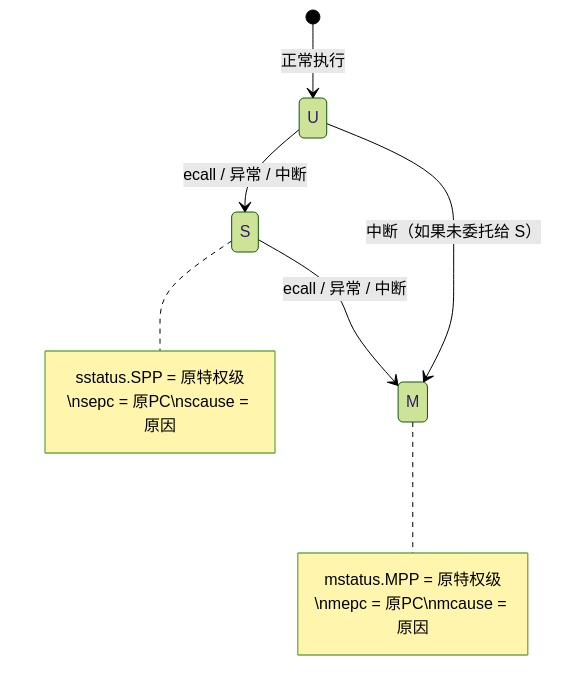
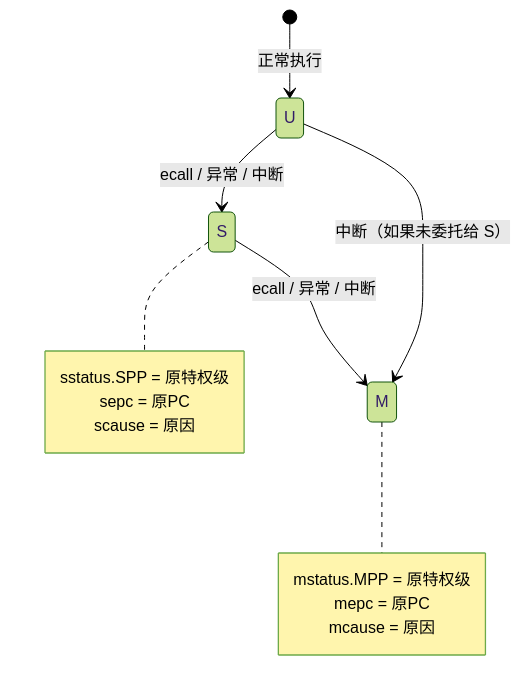
The second of 4 diagrams in riscv/03-privileged/privileged-modes-and-csr.md (swjtuer326/cs-learning-notes), drawn with Mermaid (forest theme) before and after one commit. The commit also changed other lines of this file and 6 other files, not shown here.

First line of the commit message:
docs(riscv): 完善文档章节过渡与 mermaid 图表格式

````diff
--- a/riscv/03-privileged/privileged-modes-and-csr.md
+++ b/riscv/03-privileged/privileged-modes-and-csr.md
@@ -351,10 +356,18 @@
 ```mermaid
 stateDiagram-v2
     [*] --> U: 正常执行
     U --> S: ecall / 异常 / 中断
     S --> M: ecall / 异常 / 中断
     U --> M: 中断（如果未委托给 S）
 
-    note right of S: sstatus.SPP = 原特权级\nsepc = 原PC\nscause = 原因
-    note right of M: mstatus.MPP = 原特权级\nmepc = 原PC\nmcause = 原因
+    note right of S
+        sstatus.SPP = 原特权级
+        sepc = 原PC
+        scause = 原因
+    end note
+    note right of M
+        mstatus.MPP = 原特权级
+        mepc = 原PC
+        mcause = 原因
+    end note
 ```
````
